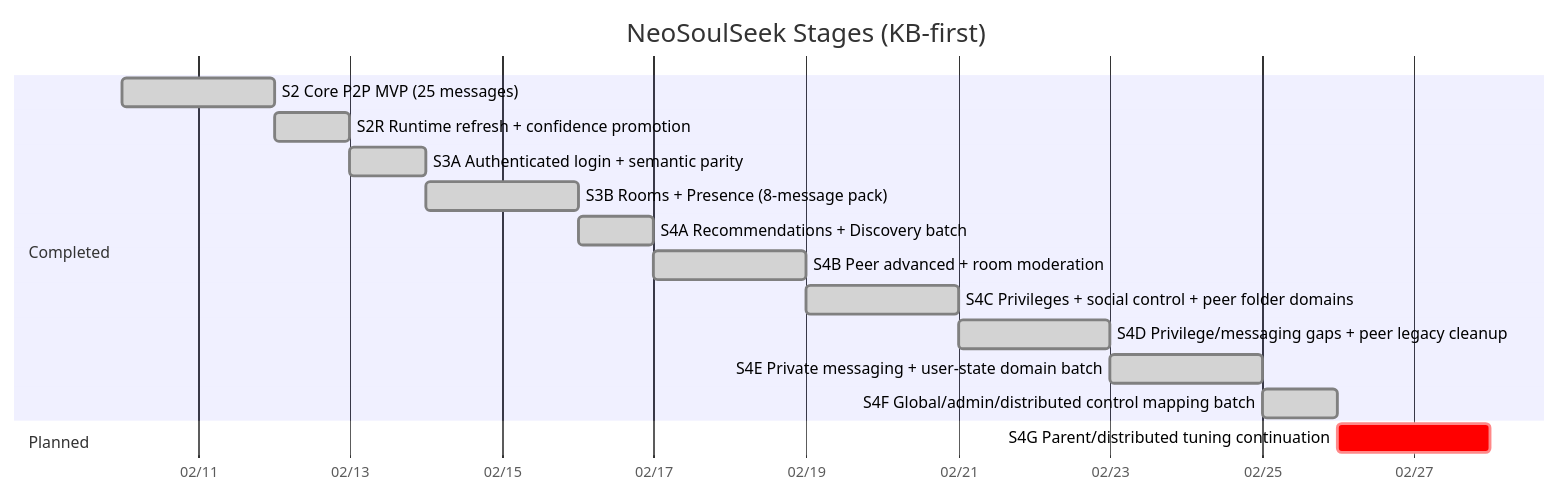
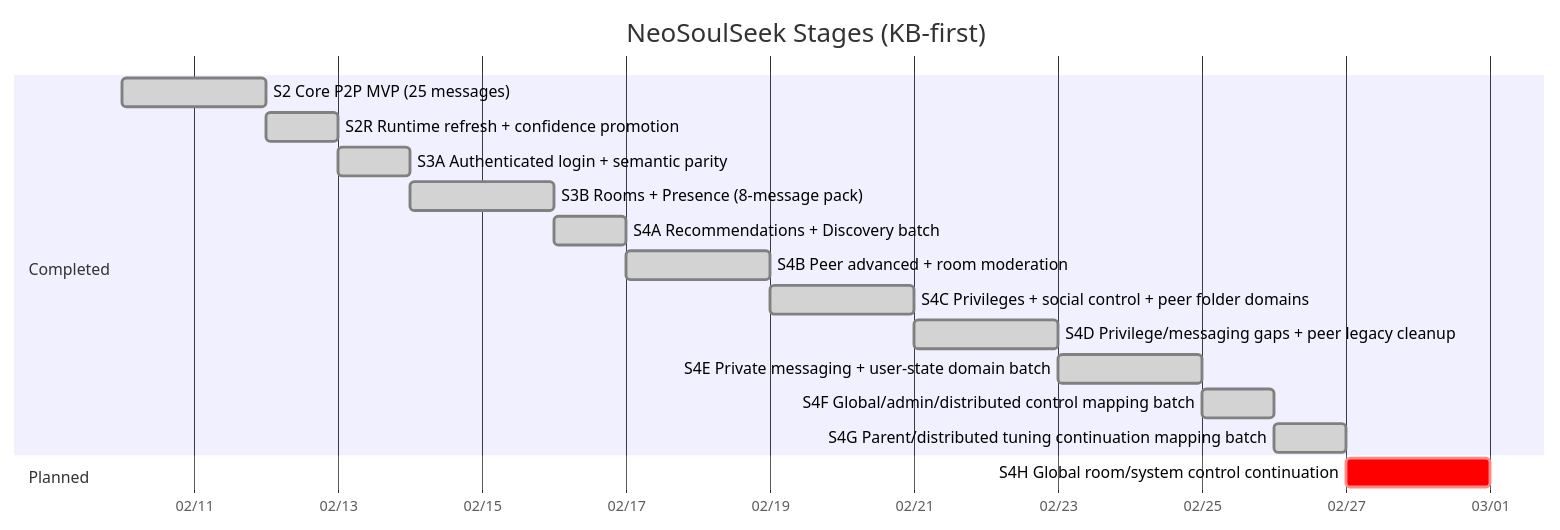
The first of 5 diagrams in docs/state/roadmap.md (fedejinich/nss), drawn with Mermaid before and after one commit. The commit also changed other lines of this file and 12 other files, not shown here.

Commit message:
stage(s4g): map parent distributed tuning messages

````diff
--- a/docs/state/roadmap.md
+++ b/docs/state/roadmap.md
@@ -9,19 +9,20 @@
 ```mermaid
 gantt
     title NeoSoulSeek Stages (KB-first)
     dateFormat  YYYY-MM-DD
     axisFormat  %m/%d
     section Completed
     S2 Core P2P MVP (25 messages) :done, s2, 2026-02-10, 2d
     S2R Runtime refresh + confidence promotion :done, s2r, after s2, 1d
     S3A Authenticated login + semantic parity :done, s3a, after s2r, 1d
     S3B Rooms + Presence (8-message pack) :done, s3b, 2026-02-14, 2d
     S4A Recommendations + Discovery batch :done, s4a, after s3b, 1d
     S4B Peer advanced + room moderation :done, s4b, after s4a, 2d
     S4C Privileges + social control + peer folder domains :done, s4c, after s4b, 2d
     S4D Privilege/messaging gaps + peer legacy cleanup :done, s4d, after s4c, 2d
     S4E Private messaging + user-state domain batch :done, s4e, after s4d, 2d
     S4F Global/admin/distributed control mapping batch :done, s4f, after s4e, 1d
+    S4G Parent/distributed tuning continuation mapping batch :done, s4g, after s4f, 1d
     section Planned
-    S4G Parent/distributed tuning continuation :crit, s4g, after s4f, 2d
+    S4H Global room/system control continuation :crit, s4h, after s4g, 2d
 ```
````
